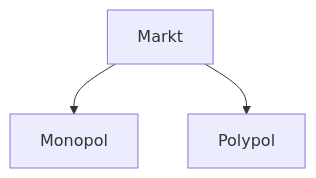
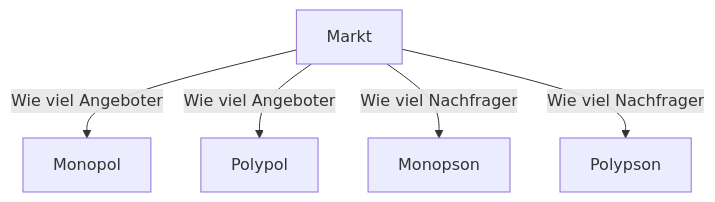
Before and after one commit to 2024W1/2024W1.github.io: the eighth of 9 diagrams in index.md, drawn with Mermaid. The commit also changed 1 other file, not shown here.

````diff
--- a/index.md
+++ b/index.md
@@ -1107,5 +1107,7 @@
 ```mermaid
 graph TD;
-  Markt-->Monopol;
-  Markt-->Polypol;
+  Markt--Wie viel Angeboter-->Monopol;
+  Markt--Wie viel Angeboter-->Polypol;
+  Markt--Wie viel Nachfrager-->Monopson;
+  Markt--Wie viel Nachfrager-->Polypson;
 ```
````
